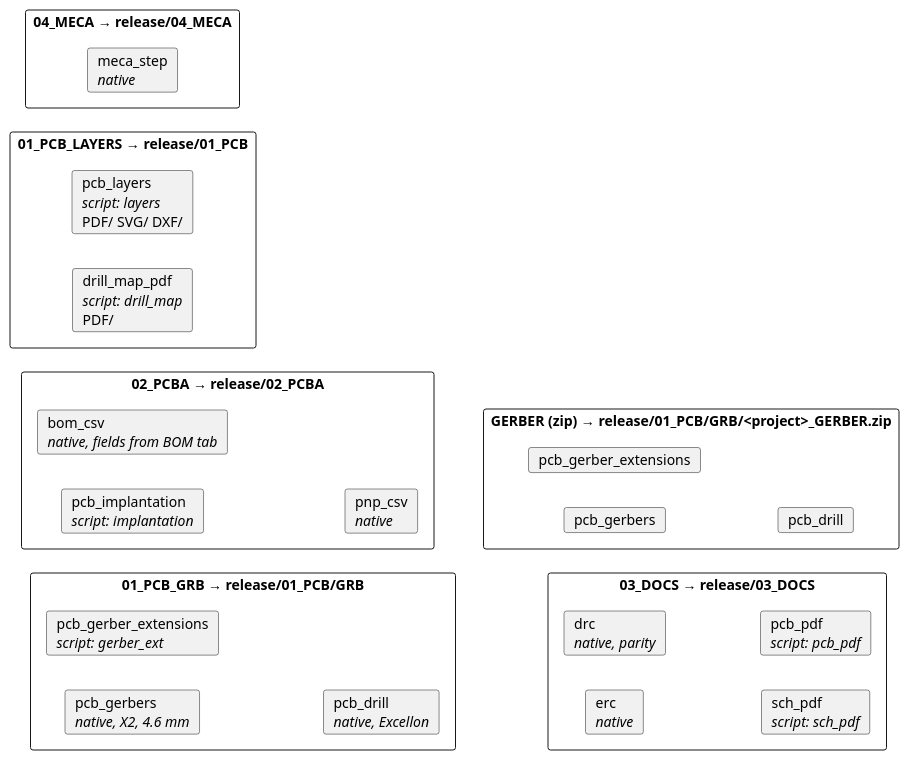
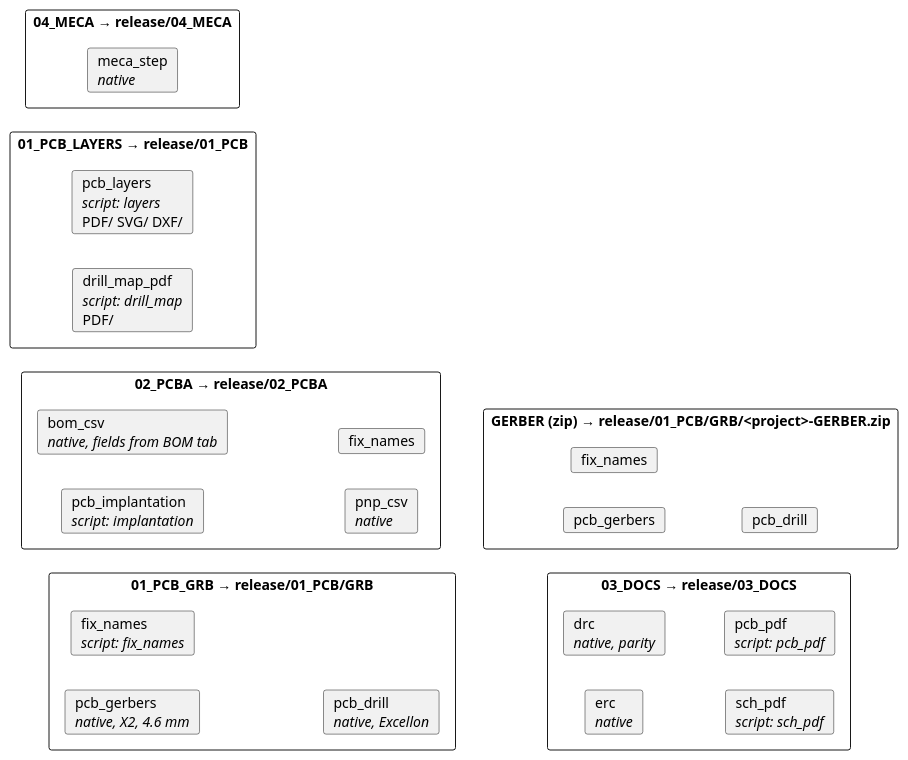
One commit to kevinwysocki/kicad_release_wizard changed the diagram in doc/diagrams/jobset.puml. Above: the diagram before and after it, drawn with PlantUML. The commit also changed 24 other files, not shown here.

```diff
--- a/doc/diagrams/jobset.puml
+++ b/doc/diagrams/jobset.puml
@@ -1,33 +1,34 @@
 @startuml jobset
 skinparam shadowing false
 left to right direction
 
 rectangle "01_PCB_GRB → release/01_PCB/GRB" as grb {
   card "pcb_gerbers\n<i>native, X2, 4.6 mm</i>" as g1
-  card "pcb_gerber_extensions\n<i>script: gerber_ext</i>" as g2
+  card "fix_names\n<i>script: fix_names</i>" as g2
   card "pcb_drill\n<i>native, Excellon</i>" as g3
 }
 rectangle "01_PCB_LAYERS → release/01_PCB" as lay {
   card "pcb_layers\n<i>script: layers</i>\nPDF/ SVG/ DXF/" as l1
   card "drill_map_pdf\n<i>script: drill_map</i>\nPDF/" as l2
 }
 rectangle "02_PCBA → release/02_PCBA" as pcba {
   card "pcb_implantation\n<i>script: implantation</i>" as a1
   card "bom_csv\n<i>native, fields from BOM tab</i>" as a2
   card "pnp_csv\n<i>native</i>" as a3
+  card "fix_names" as a4
 }
 rectangle "03_DOCS → release/03_DOCS" as docs {
   card "erc\n<i>native</i>" as d1
   card "drc\n<i>native, parity</i>" as d2
   card "sch_pdf\n<i>script: sch_pdf</i>" as d3
   card "pcb_pdf\n<i>script: pcb_pdf</i>" as d4
 }
 rectangle "04_MECA → release/04_MECA" as meca {
   card "meca_step\n<i>native</i>" as m1
 }
-rectangle "GERBER (zip) → release/01_PCB/GRB/<project>_GERBER.zip" as zip {
+rectangle "GERBER (zip) → release/01_PCB/GRB/<project>-GERBER.zip" as zip {
   card "pcb_gerbers" as z1
-  card "pcb_gerber_extensions" as z2
+  card "fix_names" as z2
   card "pcb_drill" as z3
 }
 @enduml
```
